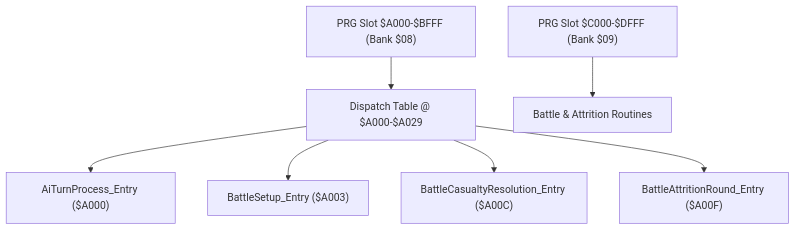
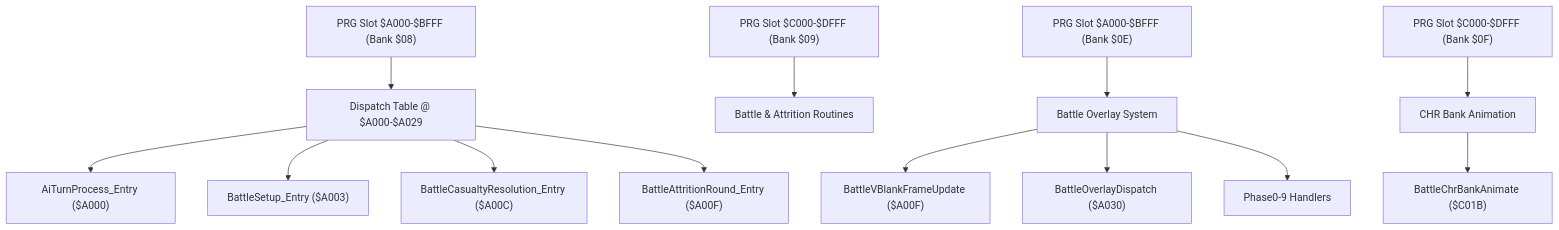
The first of 10 diagrams in .qoder/repowiki/en/content/Assembly Architecture/Bank Organization and Memory Layout/Battle and AI System - PRG Banks $08_$09.md (rabbyzero/sango2dasm), drawn with Mermaid before and after one commit. The commit also changed other lines of this file and 33 other files, not shown here.

First line of the commit message:
Standardize terminology per manual and decode prg_0e_0f battle phases

````diff
--- a/.qoder/repowiki/en/content/Assembly Architecture/Bank Organization and Memory Layout/Battle and AI System - PRG Banks $08_$09.md
+++ b/.qoder/repowiki/en/content/Assembly Architecture/Bank Organization and Memory Layout/Battle and AI System - PRG Banks $08_$09.md
@@ -41,9 +48,15 @@
 ```mermaid
 graph TB
 A["PRG Slot $A000-$BFFF (Bank $08)"] --> J["Dispatch Table @ $A000-$A029"]
 B["PRG Slot $C000-$DFFF (Bank $09)"] --> C["Battle & Attrition Routines"]
 J --> D["AiTurnProcess_Entry ($A000)"]
 J --> E["BattleSetup_Entry ($A003)"]
 J --> F["BattleCasualtyResolution_Entry ($A00C)"]
 J --> G["BattleAttritionRound_Entry ($A00F)"]
+H["PRG Slot $A000-$BFFF (Bank $0E)"] --> I["Battle Overlay System"]
+I --> J1["BattleVBlankFrameUpdate ($A00F)"]
+I --> J2["BattleOverlayDispatch ($A030)"]
+I --> J3["Phase0-9 Handlers"]
+K["PRG Slot $C000-$DFFF (Bank $0F)"] --> L["CHR Bank Animation"]
+L --> M["BattleChrBankAnimate ($C01B)"]
 ```
````
